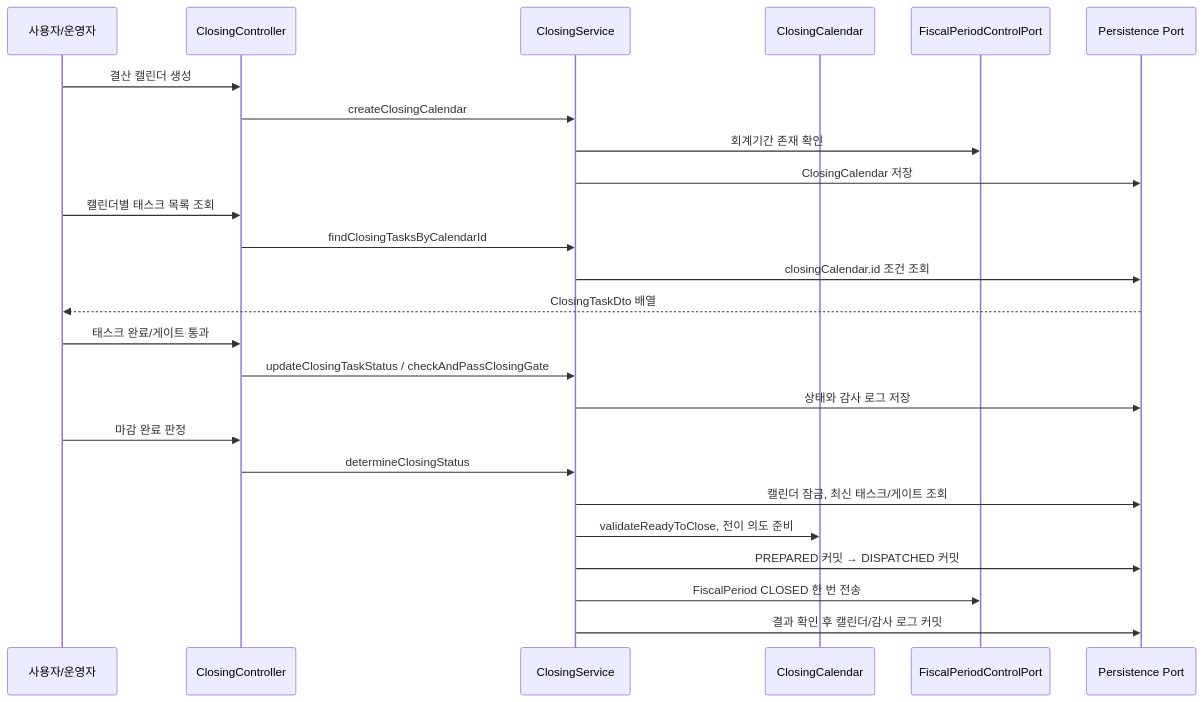
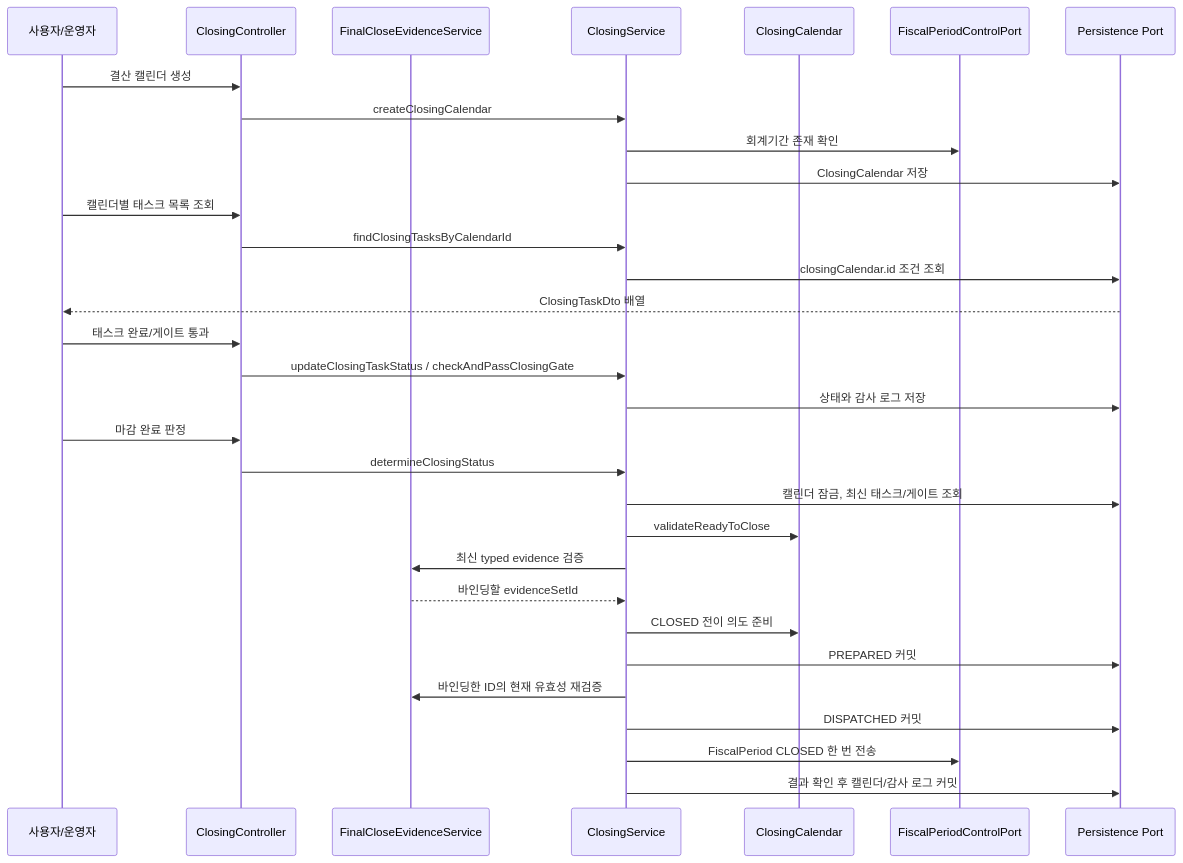
Before and after one commit to skyg547/account: the third of 7 diagrams in closing/docs/process-flow.md, drawn with Mermaid. The commit also changed other lines of this file and 57 other files, not shown here.

Commit message:
GH-778: require revalidated final-close evidence

````diff
--- a/closing/docs/process-flow.md
+++ b/closing/docs/process-flow.md
@@ -97,31 +97,37 @@
 ```mermaid
 sequenceDiagram
     participant User as 사용자/운영자
     participant API as ClosingController
+    participant Evidence as FinalCloseEvidenceService
     participant Service as ClosingService
     participant Domain as ClosingCalendar
     participant Master as FiscalPeriodControlPort
     participant Store as Persistence Port
 
     User->>API: 결산 캘린더 생성
     API->>Service: createClosingCalendar
     Service->>Master: 회계기간 존재 확인
     Service->>Store: ClosingCalendar 저장
 
     User->>API: 캘린더별 태스크 목록 조회
     API->>Service: findClosingTasksByCalendarId
     Service->>Store: closingCalendar.id 조건 조회
     Store-->>User: ClosingTaskDto 배열
 
     User->>API: 태스크 완료/게이트 통과
     API->>Service: updateClosingTaskStatus / checkAndPassClosingGate
     Service->>Store: 상태와 감사 로그 저장
 
     User->>API: 마감 완료 판정
     API->>Service: determineClosingStatus
     Service->>Store: 캘린더 잠금, 최신 태스크/게이트 조회
-    Service->>Domain: validateReadyToClose, 전이 의도 준비
-    Service->>Store: PREPARED 커밋 → DISPATCHED 커밋
+    Service->>Domain: validateReadyToClose
+    Service->>Evidence: 최신 typed evidence 검증
+    Evidence-->>Service: 바인딩할 evidenceSetId
+    Service->>Domain: CLOSED 전이 의도 준비
+    Service->>Store: PREPARED 커밋
+    Service->>Evidence: 바인딩한 ID의 현재 유효성 재검증
+    Service->>Store: DISPATCHED 커밋
     Service->>Master: FiscalPeriod CLOSED 한 번 전송
     Service->>Store: 결과 확인 후 캘린더/감사 로그 커밋
 ```
````
